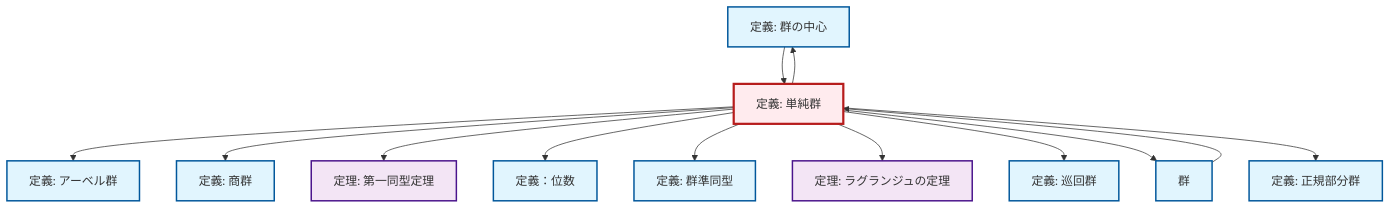
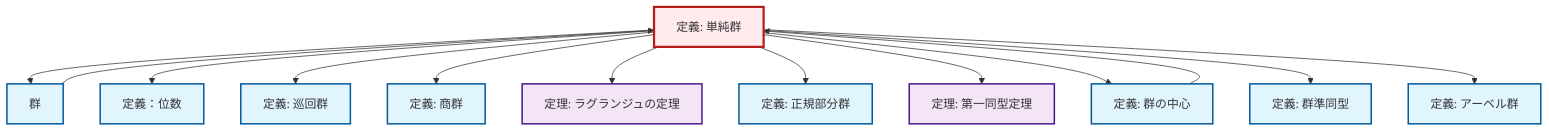
One commit to RK0429/ModernMath changed the diagram in content/ja/algebra/def-simple-group.qmd. Above: the diagram before and after it, drawn with Mermaid. The commit also changed other lines of this file and 1012 other files, not shown here.

````diff
--- a/content/ja/algebra/def-simple-group.qmd
+++ b/content/ja/algebra/def-simple-group.qmd
@@ -96,43 +96,43 @@
 ```{mermaid}
 %%| fig-cap: "Local dependency graph"
 graph TD
     classDef definition fill:#e1f5fe,stroke:#01579b,stroke-width:2px
     classDef theorem fill:#f3e5f5,stroke:#4a148c,stroke-width:2px
     classDef axiom fill:#fff3e0,stroke:#e65100,stroke-width:2px
     classDef example fill:#e8f5e9,stroke:#1b5e20,stroke-width:2px
     classDef current fill:#ffebee,stroke:#b71c1c,stroke-width:3px
+    def-simple-group["定義: 単純群"]:::definition
+    def-cyclic-group["定義: 巡回群"]:::definition
+    def-order["定義：位数"]:::definition
     thm-lagrange["定理: ラグランジュの定理"]:::theorem
-    def-cyclic-group["定義: 巡回群"]:::definition
+    def-abelian-group["定義: アーベル群"]:::definition
     def-normal-subgroup["定義: 正規部分群"]:::definition
-    def-order["定義：位数"]:::definition
-    thm-first-isomorphism["定理: 第一同型定理"]:::theorem
-    def-quotient-group["定義: 商群"]:::definition
-    def-abelian-group["定義: アーベル群"]:::definition
     def-center-of-group["定義: 群の中心"]:::definition
     def-homomorphism["定義: 群準同型"]:::definition
-    def-simple-group["定義: 単純群"]:::definition
+    def-quotient-group["定義: 商群"]:::definition
+    thm-first-isomorphism["定理: 第一同型定理"]:::theorem
     def-group["群"]:::definition
+    def-group --> def-simple-group
+    def-center-of-group --> def-simple-group
+    def-simple-group --> def-group
+    def-simple-group --> def-order
+    def-simple-group --> def-cyclic-group
+    def-simple-group --> def-quotient-group
+    def-simple-group --> thm-lagrange
+    def-simple-group --> def-normal-subgroup
+    def-simple-group --> thm-first-isomorphism
+    def-simple-group --> def-center-of-group
+    def-simple-group --> def-homomorphism
     def-simple-group --> def-abelian-group
-    def-center-of-group --> def-simple-group
-    def-simple-group --> def-quotient-group
-    def-simple-group --> thm-first-isomorphism
-    def-simple-group --> def-order
-    def-simple-group --> def-homomorphism
-    def-simple-group --> thm-lagrange
-    def-group --> def-simple-group
-    def-simple-group --> def-cyclic-group
-    def-simple-group --> def-group
-    def-simple-group --> def-normal-subgroup
-    def-simple-group --> def-center-of-group
     class def-simple-group current
+    click def-cyclic-group "def-cyclic-group.html" "巡回群の定義へ"
+    click def-order "def-order.html" "定義：位数へ"
     click thm-lagrange "thm-lagrange.html" "ラグランジュの定理の定理へ"
-    click def-cyclic-group "def-cyclic-group.html" "巡回群の定義へ"
+    click def-abelian-group "def-abelian-group.html" "アーベル群の定義へ"
     click def-normal-subgroup "def-normal-subgroup.html" "正規部分群の定義へ"
-    click def-order "def-order.html" "定義：位数へ"
-    click thm-first-isomorphism "thm-first-isomorphism.html" "第一同型定理の定理へ"
-    click def-quotient-group "def-quotient-group.html" "商群の定義へ"
-    click def-abelian-group "def-abelian-group.html" "アーベル群の定義へ"
     click def-center-of-group "def-center-of-group.html" "群の中心の定義へ"
     click def-homomorphism "def-homomorphism.html" "群準同型の定義へ"
+    click def-quotient-group "def-quotient-group.html" "商群の定義へ"
+    click thm-first-isomorphism "thm-first-isomorphism.html" "第一同型定理の定理へ"
     click def-group "def-group.html" "群へ"
 ```
````
